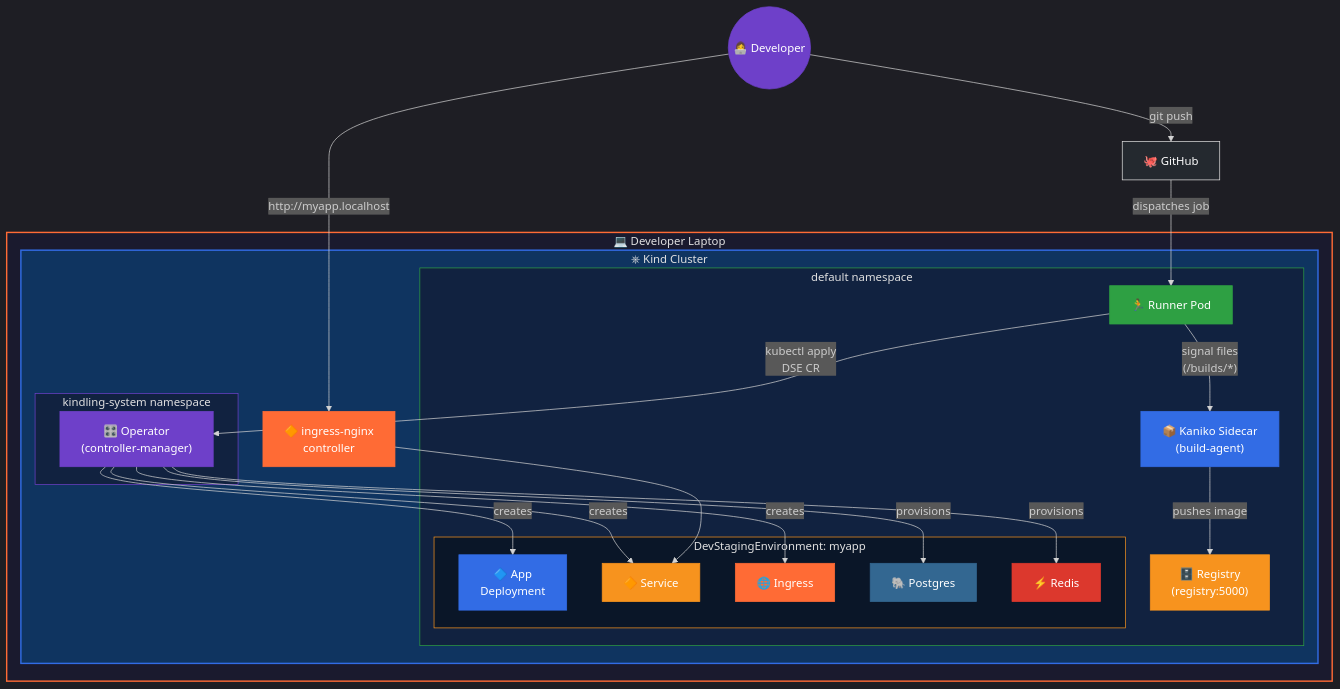
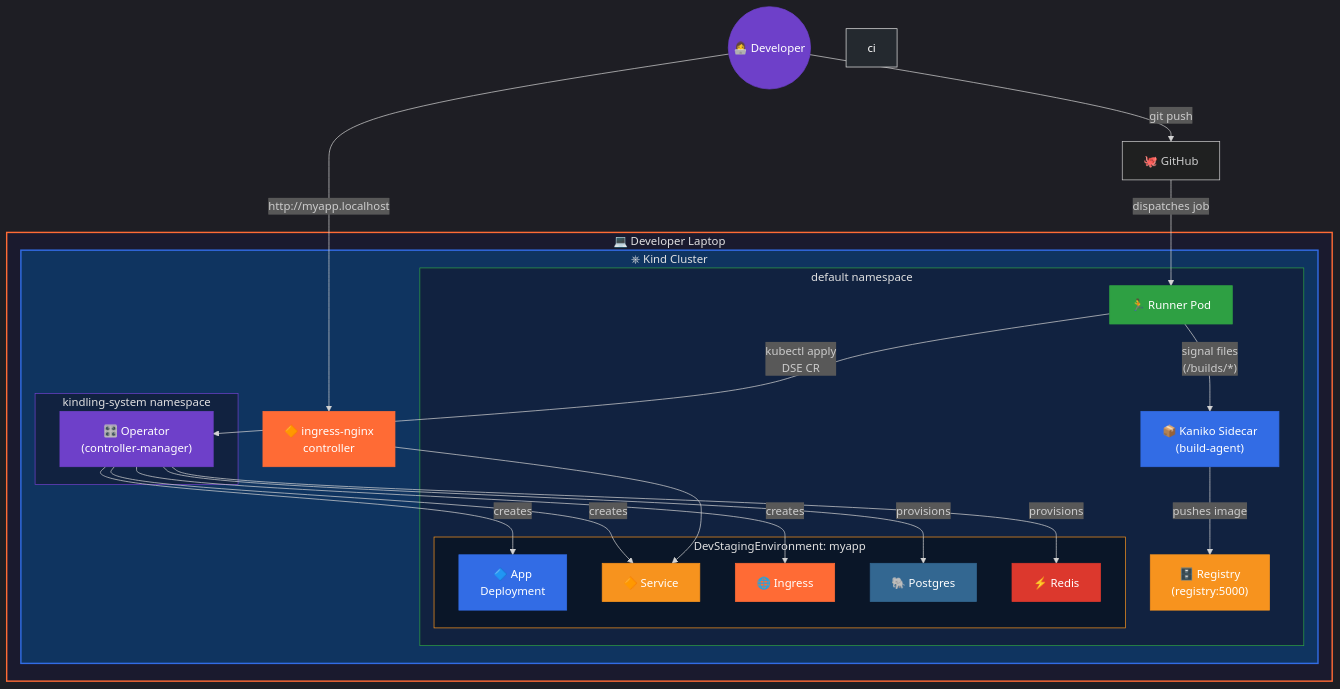
One commit to kindling-sh/kindling changed the first of 2 diagrams in docs-site/docs/architecture.md. Above: the diagram before and after it, drawn with Mermaid. The commit also changed other lines of this file and 48 other files, not shown here.

````diff
--- a/docs-site/docs/architecture.md
+++ b/docs-site/docs/architecture.md
@@ -17,61 +17,61 @@
 ```mermaid
 %%{init: {'theme': 'dark'}}%%
 flowchart TB
     dev(("👩‍💻 Developer"))
 
     subgraph laptop["💻 Developer Laptop"]
         subgraph kind["⎈ Kind Cluster"]
 
             subgraph system["kindling-system namespace"]
                 operator["🎛️ Operator\n(controller-manager)"]
             end
 
             subgraph ns_default["default namespace"]
                 runner["🏃 Runner Pod"]
                 kaniko["📦 Kaniko Sidecar\n(build-agent)"]
                 registry["🗄️ Registry\n(registry:5000)"]
 
                 subgraph env1["DevStagingEnvironment: myapp"]
                     app["🔷 App\nDeployment"]
                     svc["🔶 Service"]
                     ing["🌐 Ingress"]
                     pg["🐘 Postgres"]
                     rd["⚡ Redis"]
                 end
             end
 
             ingress_ctrl["🔶 ingress-nginx\ncontroller"]
         end
     end
 
     dev -- "git push" --> gh["🐙 GitHub"]
     gh -- "dispatches job" --> runner
     runner -- "signal files\n(/builds/*)" --> kaniko
     kaniko -- "pushes image" --> registry
     runner -- "kubectl apply\nDSE CR" --> operator
     operator -- "creates" --> app
     operator -- "creates" --> svc
     operator -- "creates" --> ing
     operator -- "provisions" --> pg
     operator -- "provisions" --> rd
     dev -- "http://myapp.localhost" --> ingress_ctrl
     ingress_ctrl --> svc
 
     style laptop fill:#1a1a2e,stroke:#FF6B35,color:#e0e0e0,stroke-width:2px
     style kind fill:#0f3460,stroke:#326CE5,color:#e0e0e0,stroke-width:2px
     style system fill:#112240,stroke:#6e40c9,color:#e0e0e0
     style ns_default fill:#112240,stroke:#2ea043,color:#e0e0e0
     style env1 fill:#0a1628,stroke:#F7931E,color:#e0e0e0
     style operator fill:#6e40c9,stroke:#6e40c9,color:#fff
     style runner fill:#2ea043,stroke:#2ea043,color:#fff
     style kaniko fill:#326CE5,stroke:#326CE5,color:#fff
     style registry fill:#F7931E,stroke:#F7931E,color:#fff
     style ingress_ctrl fill:#FF6B35,stroke:#FF6B35,color:#fff
     style dev fill:#6e40c9,stroke:#6e40c9,color:#fff
-    style gh fill:#24292f,stroke:#e0e0e0,color:#fff
+    style ci fill:#24292f,stroke:#e0e0e0,color:#fff
     style app fill:#326CE5,stroke:#326CE5,color:#fff
     style svc fill:#F7931E,stroke:#F7931E,color:#fff
     style ing fill:#FF6B35,stroke:#FF6B35,color:#fff
     style pg fill:#336791,stroke:#336791,color:#fff
     style rd fill:#DC382D,stroke:#DC382D,color:#fff
 ```
````
